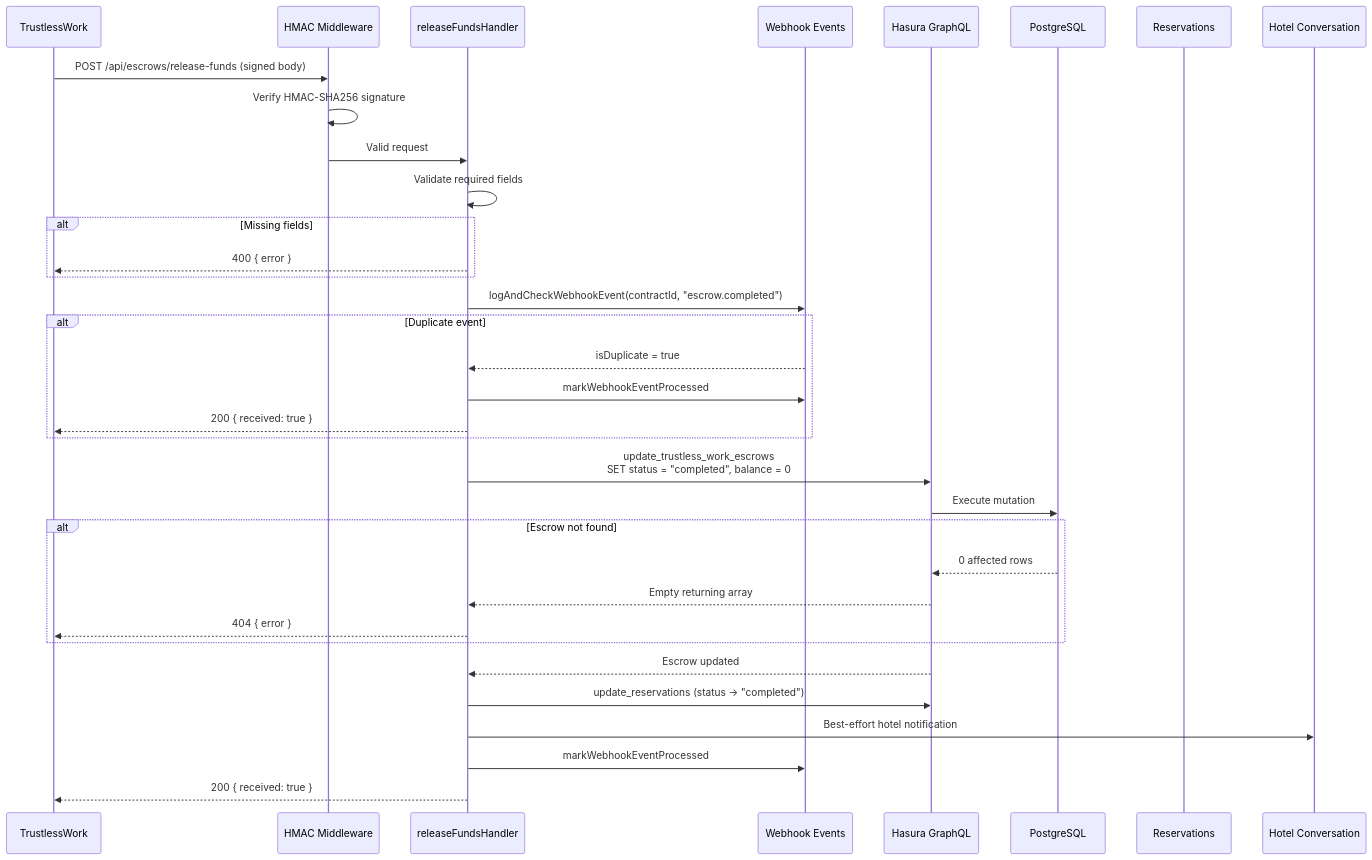
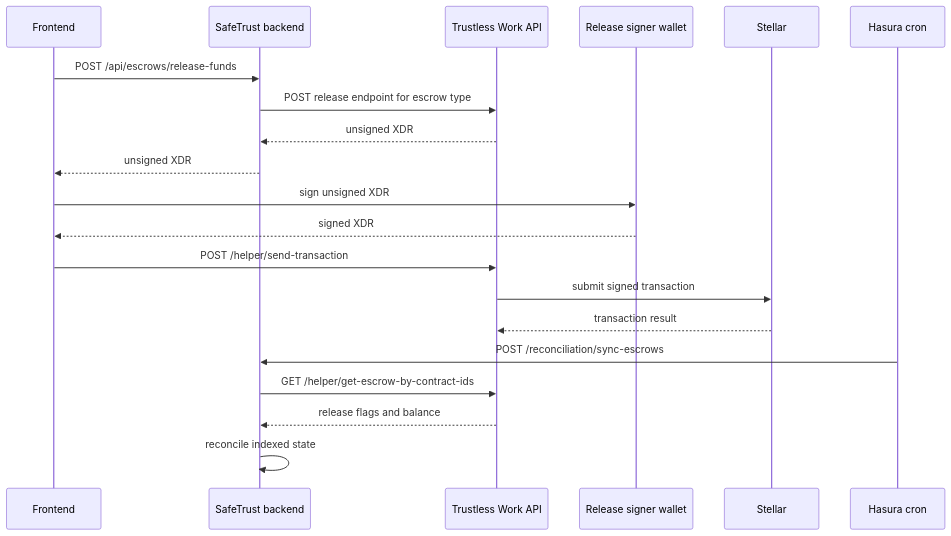
Before and after one commit to safetrustcr/backend-SafeTrust: the diagram in docs/stellar/release-funds.md, drawn with Mermaid. The commit also changed other lines of this file and 5 other files, not shown here.

Commit message:
feat(docs): add escrow flow documentation for funding, approval, dispute, resolution, and reconciliation (#768)

````diff
--- a/docs/stellar/release-funds.md
+++ b/docs/stellar/release-funds.md
@@ -12,42 +13,23 @@
 ```mermaid
 sequenceDiagram
-    participant TW as TrustlessWork
-    participant MW as HMAC Middleware
-    participant H as releaseFundsHandler
-    participant WS as Webhook Events
-    participant HAS as Hasura GraphQL
-    participant DB as PostgreSQL
-    participant R as Reservations
-    participant HC as Hotel Conversation
+    participant FE as Frontend
+    participant BE as SafeTrust backend
+    participant TW as Trustless Work API
+    participant FW as Release signer wallet
+    participant ST as Stellar
+    participant CR as Hasura cron
 
-    TW->>MW: POST /api/escrows/release-funds (signed body)
-    MW->>MW: Verify HMAC-SHA256 signature
-    MW->>H: Valid request
-
-    H->>H: Validate required fields
-    alt Missing fields
-        H-->>TW: 400 { error }
-    end
-
-    H->>WS: logAndCheckWebhookEvent(contractId, "escrow.completed")
-    alt Duplicate event
-        WS-->>H: isDuplicate = true
-        H->>WS: markWebhookEventProcessed
-        H-->>TW: 200 { received: true }
-    end
-
-    H->>HAS: update_trustless_work_escrows<br/>SET status = "completed", balance = 0
-    HAS->>DB: Execute mutation
-    alt Escrow not found
-        DB-->>HAS: 0 affected rows
-        HAS-->>H: Empty returning array
-        H-->>TW: 404 { error }
-    end
-    HAS-->>H: Escrow updated
-
-    H->>HAS: update_reservations (status → "completed")
-    H->>HC: Best-effort hotel notification
-
-    H->>WS: markWebhookEventProcessed
-    H-->>TW: 200 { received: true }
+    FE->>BE: POST /api/escrows/release-funds
+    BE->>TW: POST release endpoint for escrow type
+    TW-->>BE: unsigned XDR
+    BE-->>FE: unsigned XDR
+    FE->>FW: sign unsigned XDR
+    FW-->>FE: signed XDR
+    FE->>TW: POST /helper/send-transaction
+    TW->>ST: submit signed transaction
+    ST-->>TW: transaction result
+    CR->>BE: POST /reconciliation/sync-escrows
+    BE->>TW: GET /helper/get-escrow-by-contract-ids
+    TW-->>BE: release flags and balance
+    BE->>BE: reconcile indexed state
 ```
````
